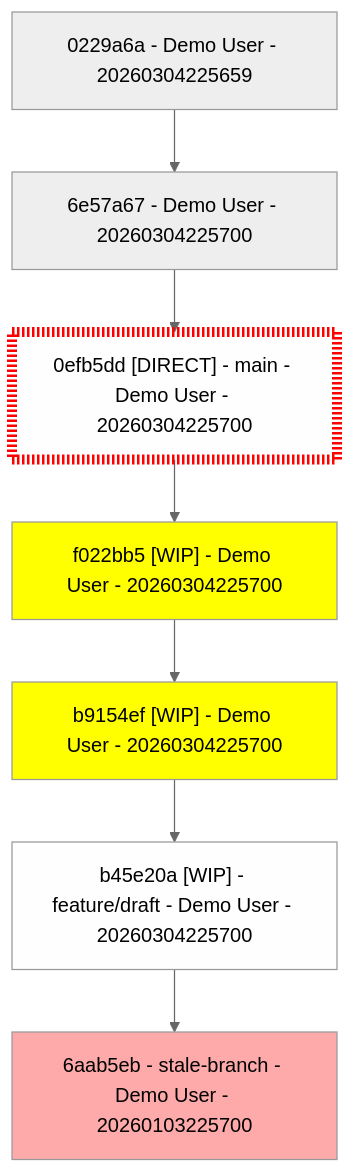
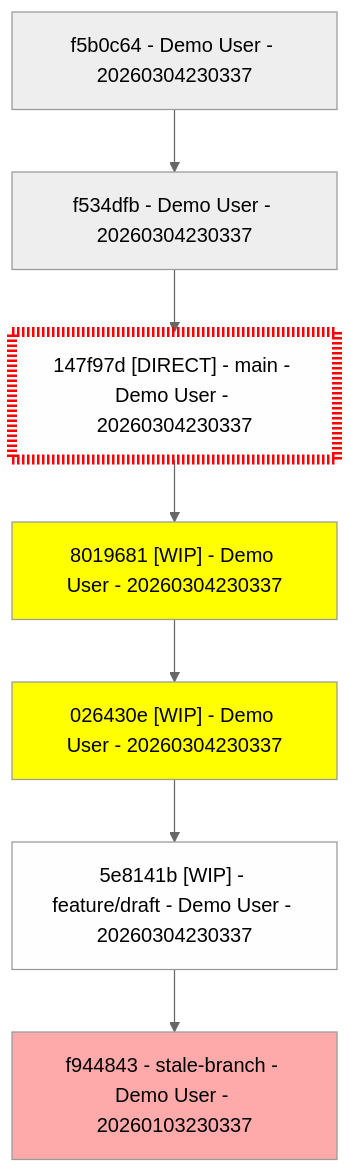
One commit to TheTrueSCU/git-graphable changed the second of 3 diagrams in examples/EXAMPLES.md. Above: the diagram before and after it, drawn with Mermaid (neutral theme). The commit also changed other lines of this file and 1 other file, not shown here.

````diff
--- a/examples/EXAMPLES.md
+++ b/examples/EXAMPLES.md
@@ -52,21 +52,21 @@
 ```mermaid
 flowchart TD
-0229a6a30e322d32c46f1a6af598a65c3e5e353a["0229a6a - Demo User - 20260304225659"]
-6e57a6740ac67d8ce907937159b003dabbdd54f7["6e57a67 - Demo User - 20260304225700"]
-0efb5ddfc009cdfde63b43d3cb938b1e5b37fc0d["0efb5dd [DIRECT] - main - Demo User - 20260304225700"]
-style 0efb5ddfc009cdfde63b43d3cb938b1e5b37fc0d fill:#fffefe,color:black,stroke:#ff0000,stroke-width:8px,stroke-dasharray: 2 2
-f022bb56e83e24629bbe3b2b63cf318a5a552acc["f022bb5 [WIP] - Demo User - 20260304225700"]
-style f022bb56e83e24629bbe3b2b63cf318a5a552acc fill:#ffff00,color:black
-b9154ef717eefcd4102c339efbf78784d26681a1["b9154ef [WIP] - Demo User - 20260304225700"]
-style b9154ef717eefcd4102c339efbf78784d26681a1 fill:#ffff00,color:black
-b45e20ac0d914c02cc3bb83af16250d15366f277["b45e20a [WIP] - feature/draft - Demo User - 20260304225700"]
-style b45e20ac0d914c02cc3bb83af16250d15366f277 fill:#ffff00,color:black,fill:#fffefe,color:black
-6aab5ebb9da86fc58e2b246eda0d04bd7792312d["6aab5eb - stale-branch - Demo User - 20260103225700"]
-style 6aab5ebb9da86fc58e2b246eda0d04bd7792312d fill:#ffaaaa,color:black
-0229a6a30e322d32c46f1a6af598a65c3e5e353a --> 6e57a6740ac67d8ce907937159b003dabbdd54f7
-6e57a6740ac67d8ce907937159b003dabbdd54f7 --> 0efb5ddfc009cdfde63b43d3cb938b1e5b37fc0d
-0efb5ddfc009cdfde63b43d3cb938b1e5b37fc0d --> f022bb56e83e24629bbe3b2b63cf318a5a552acc
-f022bb56e83e24629bbe3b2b63cf318a5a552acc --> b9154ef717eefcd4102c339efbf78784d26681a1
-b9154ef717eefcd4102c339efbf78784d26681a1 --> b45e20ac0d914c02cc3bb83af16250d15366f277
-b45e20ac0d914c02cc3bb83af16250d15366f277 --> 6aab5ebb9da86fc58e2b246eda0d04bd7792312d
+f5b0c6426e5abe4b29f1035ef0ed2c0380b42b65["f5b0c64 - Demo User - 20260304230337"]
+f534dfb429831e547f418960a9c1091af158664d["f534dfb - Demo User - 20260304230337"]
+147f97d5dd2c89f8078e0cc67aab5d495485b67c["147f97d [DIRECT] - main - Demo User - 20260304230337"]
+style 147f97d5dd2c89f8078e0cc67aab5d495485b67c fill:#fffefe,color:black,stroke:#ff0000,stroke-width:8px,stroke-dasharray: 2 2
+8019681c6043e90161786b53dae5b2931ca672f7["8019681 [WIP] - Demo User - 20260304230337"]
+style 8019681c6043e90161786b53dae5b2931ca672f7 fill:#ffff00,color:black
+026430e614fe5d40b2083ae18ffc896e6a19f9bd["026430e [WIP] - Demo User - 20260304230337"]
+style 026430e614fe5d40b2083ae18ffc896e6a19f9bd fill:#ffff00,color:black
+5e8141b4219997ef927be1aa9b239d5b9a13ca7b["5e8141b [WIP] - feature/draft - Demo User - 20260304230337"]
+style 5e8141b4219997ef927be1aa9b239d5b9a13ca7b fill:#ffff00,color:black,fill:#fffefe,color:black
+f9448431e9272128f0e5a6ebab0b2a77efddbbd1["f944843 - stale-branch - Demo User - 20260103230337"]
+style f9448431e9272128f0e5a6ebab0b2a77efddbbd1 fill:#ffaaaa,color:black
+f5b0c6426e5abe4b29f1035ef0ed2c0380b42b65 --> f534dfb429831e547f418960a9c1091af158664d
+f534dfb429831e547f418960a9c1091af158664d --> 147f97d5dd2c89f8078e0cc67aab5d495485b67c
+147f97d5dd2c89f8078e0cc67aab5d495485b67c --> 8019681c6043e90161786b53dae5b2931ca672f7
+8019681c6043e90161786b53dae5b2931ca672f7 --> 026430e614fe5d40b2083ae18ffc896e6a19f9bd
+026430e614fe5d40b2083ae18ffc896e6a19f9bd --> 5e8141b4219997ef927be1aa9b239d5b9a13ca7b
+5e8141b4219997ef927be1aa9b239d5b9a13ca7b --> f9448431e9272128f0e5a6ebab0b2a77efddbbd1
 ```
````
